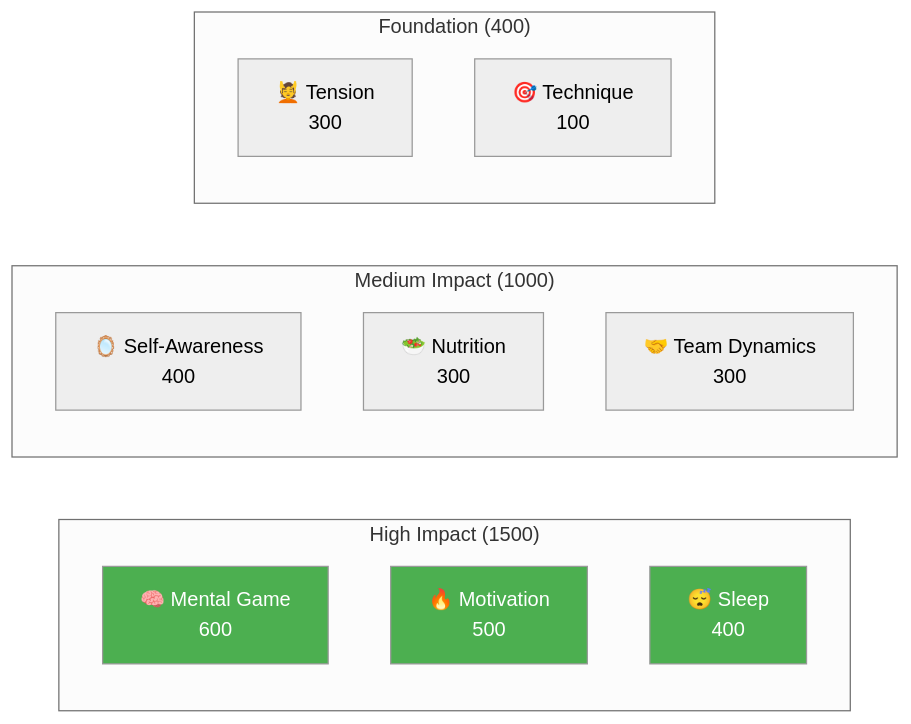
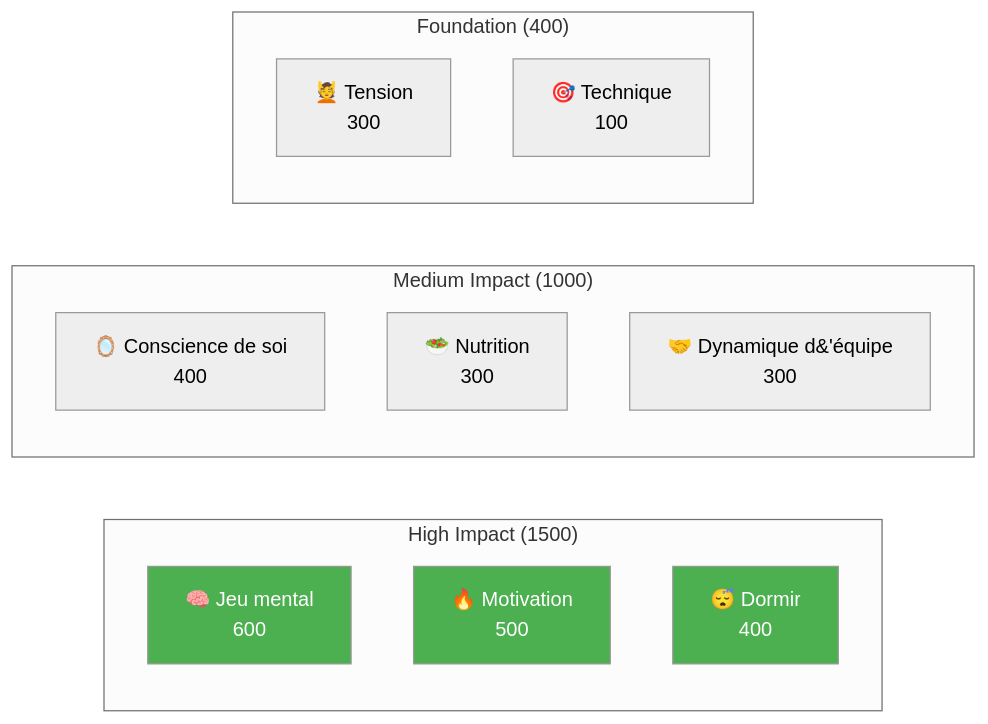
One commit to patwii/petanque-academy changed the diagram in docs/fr/education/index.md. Above: the diagram before and after it, drawn with Mermaid (neutral theme). The commit also changed other lines of this file and 550 other files, not shown here.

````diff
--- a/docs/fr/education/index.md
+++ b/docs/fr/education/index.md
@@ -34,23 +34,23 @@
 ```mermaid
 graph LR
     subgraph "High Impact (1500)"
-        A[🧠 Mental Game<br/>600]
-        B[🔥 Motivation<br/>500]
-        C[😴 Sleep<br/>400]
+        A[🧠 Jeu mental <br/> 600]
+        B[🔥 Motivation <br/> 500]
+        C[😴 Dormir <br/> 400]
     end
 
     subgraph "Medium Impact (1000)"
-        D[🪞 Self-Awareness<br/>400]
-        E[🥗 Nutrition<br/>300]
-        F[🤝 Team Dynamics<br/>300]
+        D[🪞 Conscience de soi <br/> 400]
+        E[🥗 Nutrition <br/> 300]
+        F[🤝 Dynamique d&#39;équipe <br/> 300]
     end
 
     subgraph "Foundation (400)"
-        G[💆 Tension<br/>300]
-        H[🎯 Technique<br/>100]
+        G[💆 Tension <br/> 300]
+        H[🎯 Technique <br/> 100]
     end
 
     style A fill:#4CAF50,color:#fff
     style B fill:#4CAF50,color:#fff
     style C fill:#4CAF50,color:#fff
 ```
````
